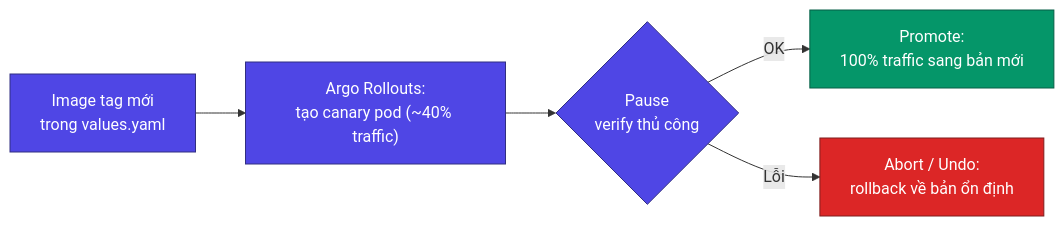
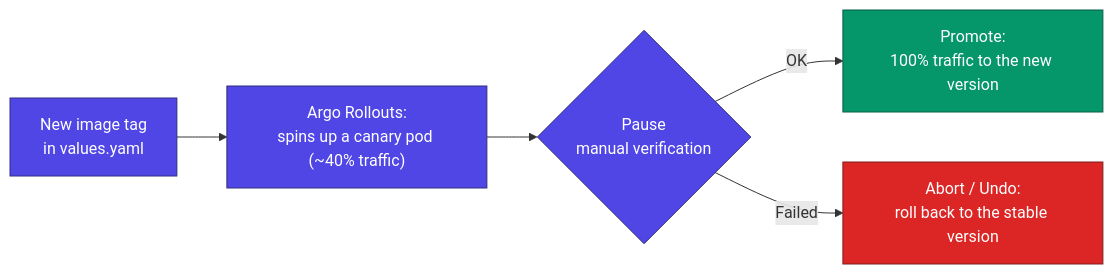
One commit to nguyenkdy/DevSecOps_Project changed the fourth of 4 diagrams in README.md. Above: the diagram before and after it, drawn with Mermaid. The commit also changed other lines of this file, not shown here.

````diff
--- a/README.md
+++ b/README.md
@@ -272,14 +272,14 @@
 ```mermaid
 flowchart LR
-    A["Image tag mới<br/>trong values.yaml"] --> B["Argo Rollouts:<br/>tạo canary pod (~40% traffic)"]
-    B --> C{"Pause<br/>verify thủ công"}
-    C -->|OK| D["Promote:<br/>100% traffic sang bản mới"]
-    C -->|Lỗi| E["Abort / Undo:<br/>rollback về bản ổn định"]
+    A["New image tag<br/>in values.yaml"] --> B["Argo Rollouts:<br/>spins up a canary pod (~40% traffic)"]
+    B --> C{"Pause<br/>manual verification"}
+    C -->|OK| D["Promote:<br/>100% traffic to the new version"]
+    C -->|Failed| E["Abort / Undo:<br/>roll back to the stable version"]
 
     classDef good fill:#059669,stroke:#065f46,color:#fff
     classDef bad fill:#dc2626,stroke:#7f1d1d,color:#fff
     classDef neutral fill:#4f46e5,stroke:#312e81,color:#fff
     class D good
     class E bad
     class A,B,C neutral
 ```
````
